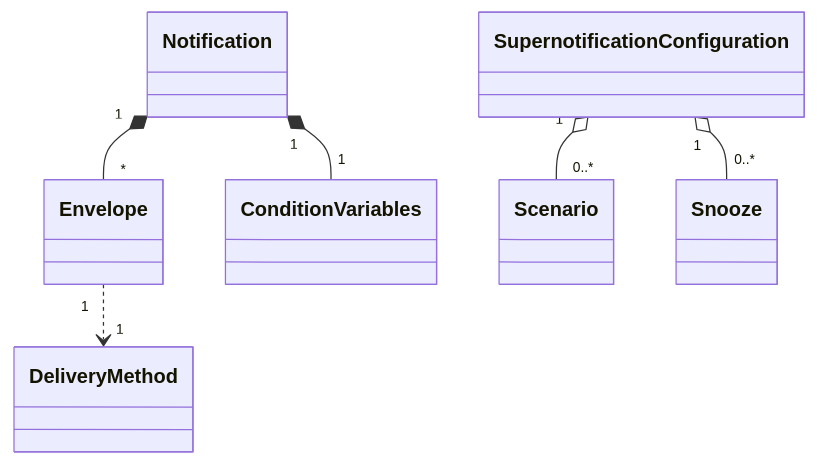
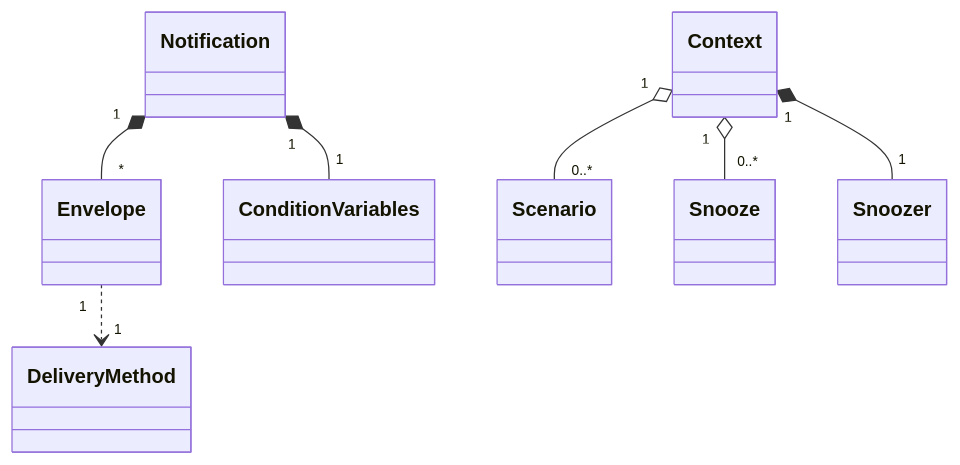
The diagram in docs/classes.md (jeyrb/hass_supernotify), drawn with Mermaid before and after one commit. The commit also changed 31 other files, not shown here.

Commit message:
autodoc the voluptuous schemas and change name of SupernotifierConfiguration to Context

````diff
--- a/docs/classes.md
+++ b/docs/classes.md
@@ -3,8 +3,10 @@
-``` mermaid
+```mermaid
 classDiagram
+
   Notification "1" *-- "*" Envelope
   Notification "1" *-- "1" ConditionVariables
   Envelope "1" ..> "1" DeliveryMethod
-  SupernotificationConfiguration "1" o-- "0..*" Scenario
-  SupernotificationConfiguration "1" o-- "0..*" Snooze
+  Context "1" o-- "0..*" Scenario
+  Context "1" o-- "0..*" Snooze
+  Context "1" *-- "1" Snoozer
 ```
````
